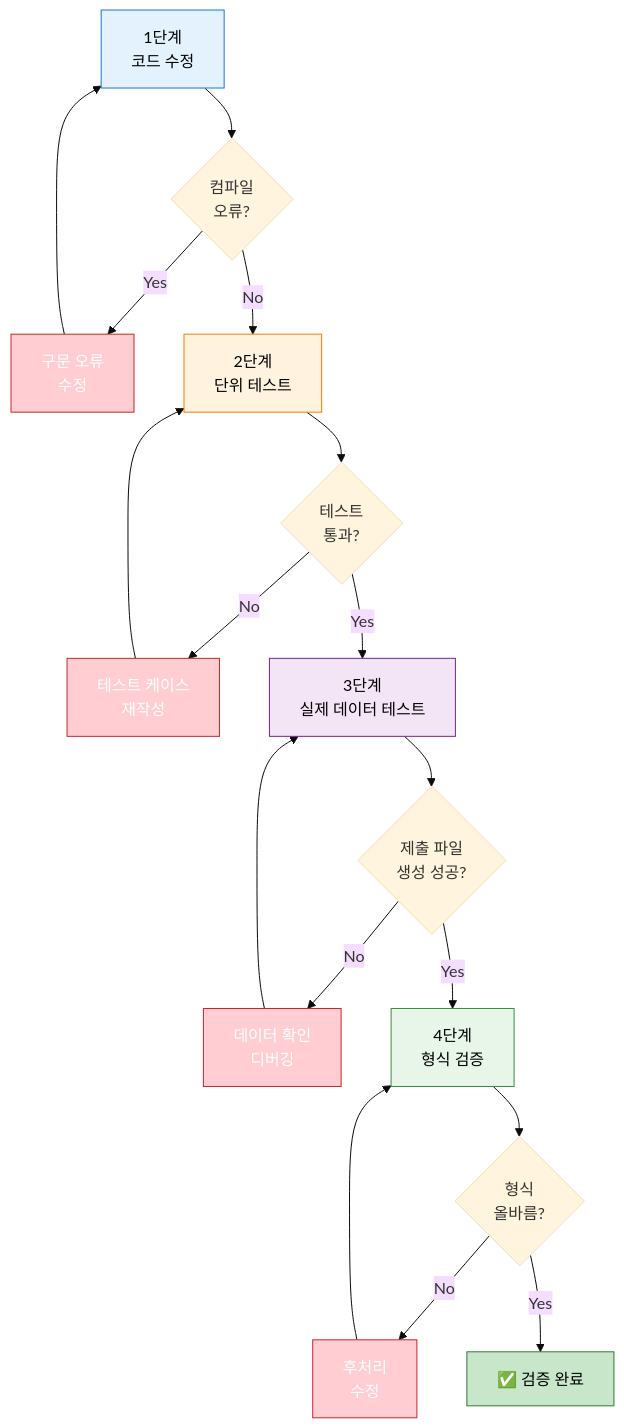
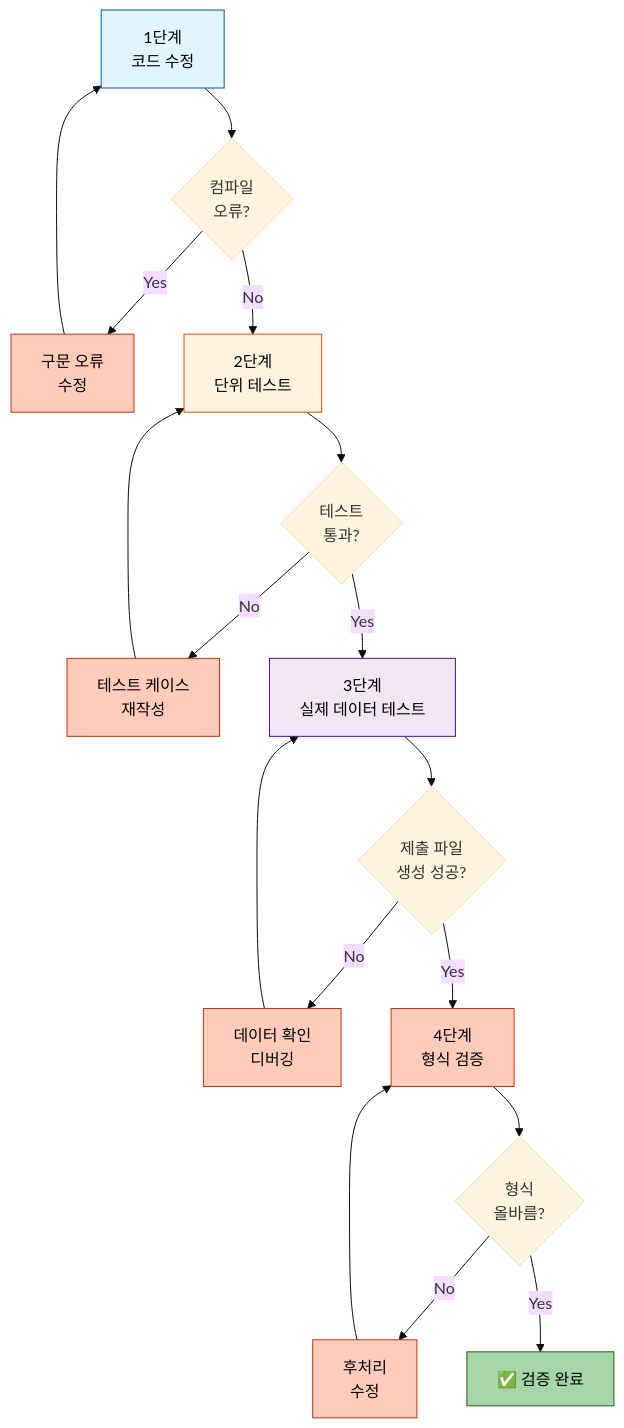
One commit to AIBootcamp14/naturallanguageprocessingcompetition-nlp-1 changed diagram 15 of 15 in docs/experiments/20251013_111525_strategy1_kobart_optimized_실험분석.md. Above: the diagram before and after it, drawn with Mermaid (base theme). The commit also changed other lines of this file and 1 other file, not shown here.

Commit message:
docs: 실험 분석 문서 mermaid 시각화 및 스타일 가이드 추가   - 기존 실험 분석 문서의 모든 mermaid 다이어그램 색상 표준화   - ROUGE 점수 비교, 훈련 시간 분석 등 7개 수치 시각화 추가   - 실험 문서 작성을 위한 종합 스타일 가이드 문서 생성   - experiments_style.md를 gitignore 예외 규칙에 추가

````diff
--- a/docs/experiments/20251013_111525_strategy1_kobart_optimized_실험분석.md
+++ b/docs/experiments/20251013_111525_strategy1_kobart_optimized_실험분석.md
@@ -1032,32 +1228,32 @@
 ```mermaid
 graph TB
     A[1단계<br/>코드 수정] --> B{컴파일<br/>오류?}
     B -->|Yes| A1[구문 오류<br/>수정]
     B -->|No| C[2단계<br/>단위 테스트]
     A1 --> A
 
     C --> D{테스트<br/>통과?}
     D -->|No| C1[테스트 케이스<br/>재작성]
     D -->|Yes| E[3단계<br/>실제 데이터 테스트]
     C1 --> C
 
     E --> F{제출 파일<br/>생성 성공?}
     F -->|No| E1[데이터 확인<br/>디버깅]
     F -->|Yes| G[4단계<br/>형식 검증]
     E1 --> E
 
     G --> H{형식<br/>올바름?}
     H -->|No| G1[후처리<br/>수정]
     H -->|Yes| I[✅ 검증 완료]
     G1 --> G
 
-    style A fill:#e3f2fd,stroke:#1976d2,color:#000
-    style C fill:#fff3e0,stroke:#f57c00,color:#000
-    style E fill:#f3e5f5,stroke:#7b1fa2,color:#000
-    style G fill:#e8f5e9,stroke:#388e3c,color:#000
-    style I fill:#c8e6c9,stroke:#2e7d32,color:#000
-    style A1 fill:#ffcdd2,stroke:#c62828,color:#fff
-    style C1 fill:#ffcdd2,stroke:#c62828,color:#fff
-    style E1 fill:#ffcdd2,stroke:#c62828,color:#fff
-    style G1 fill:#ffcdd2,stroke:#c62828,color:#fff
+    style A fill:#e1f5ff,stroke:#01579b,color:#000
+    style C fill:#fff3e0,stroke:#e65100,color:#000
+    style E fill:#f3e5f5,stroke:#4a148c,color:#000
+    style G fill:#ffccbc,stroke:#bf360c,color:#000
+    style I fill:#a5d6a7,stroke:#1b5e20,color:#000
+    style A1 fill:#ffccbc,stroke:#bf360c,color:#000
+    style C1 fill:#ffccbc,stroke:#bf360c,color:#000
+    style E1 fill:#ffccbc,stroke:#bf360c,color:#000
+    style G1 fill:#ffccbc,stroke:#bf360c,color:#000
 ```
````
